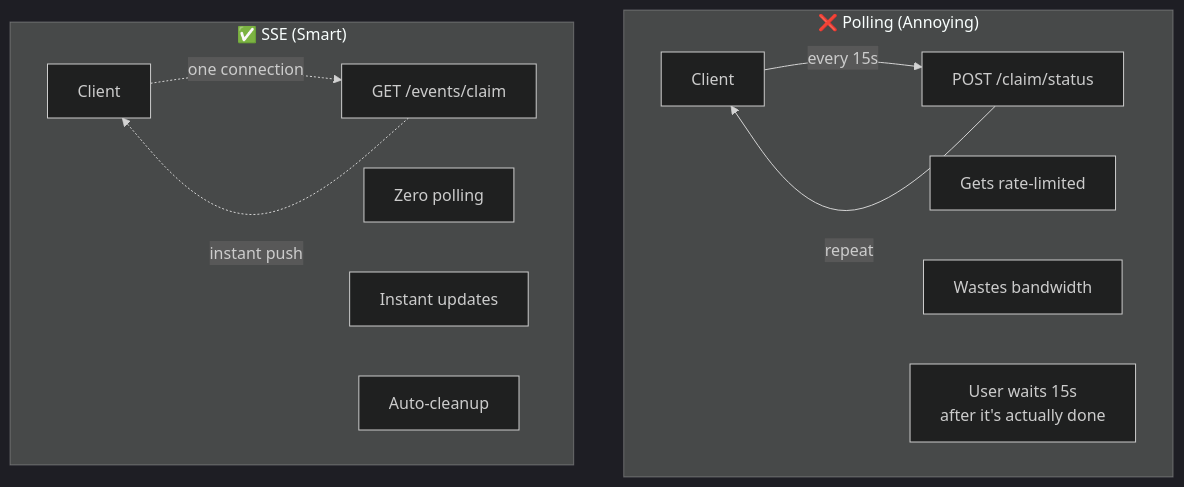
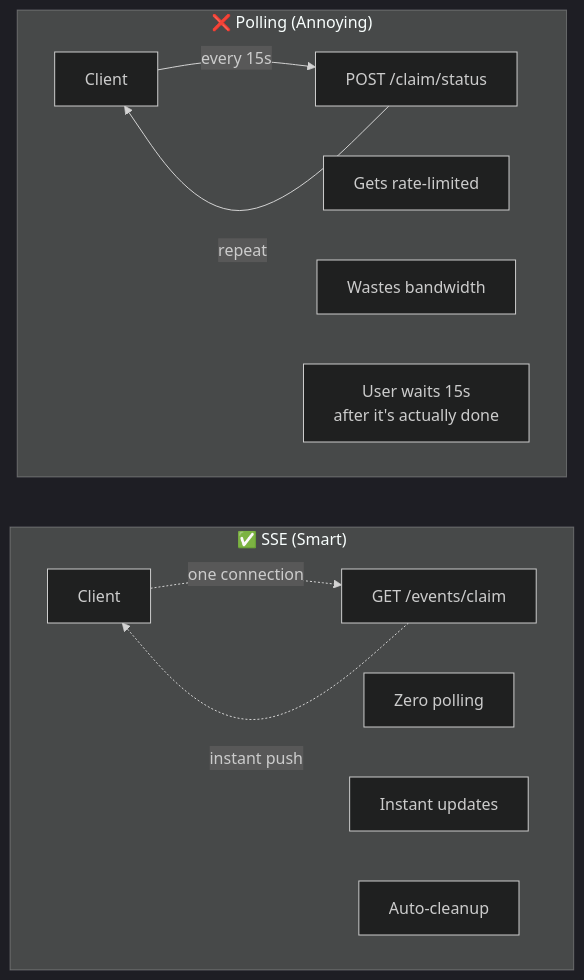
Before and after one commit to solydstore/inner_cnft_manager_heroku: diagram 13 of 21 in README.md, drawn with Mermaid (dark theme). The commit also changed other lines of this file, not shown here.

Commit message:
Fix Mermaid charts

````diff
--- a/README.md
+++ b/README.md
@@ -740,18 +750,20 @@
 ```mermaid
 flowchart TB
     subgraph Before["❌ Polling (Annoying)"]
         P1[Client] -->|every 15s| P2[POST /claim/status]
         P2 -->|repeat| P1
         P3[Gets rate-limited]
         P4[Wastes bandwidth]
         P5[User waits 15s<br/>after it's actually done]
     end
 
     subgraph After["✅ SSE (Smart)"]
         S1[Client] -.->|one connection| S2[GET /events/claim]
         S2 -.->|instant push| S1
         S3[Zero polling]
         S4[Instant updates]
         S5[Auto-cleanup]
     end
+
+    Before ~~~ After
 ```
````
